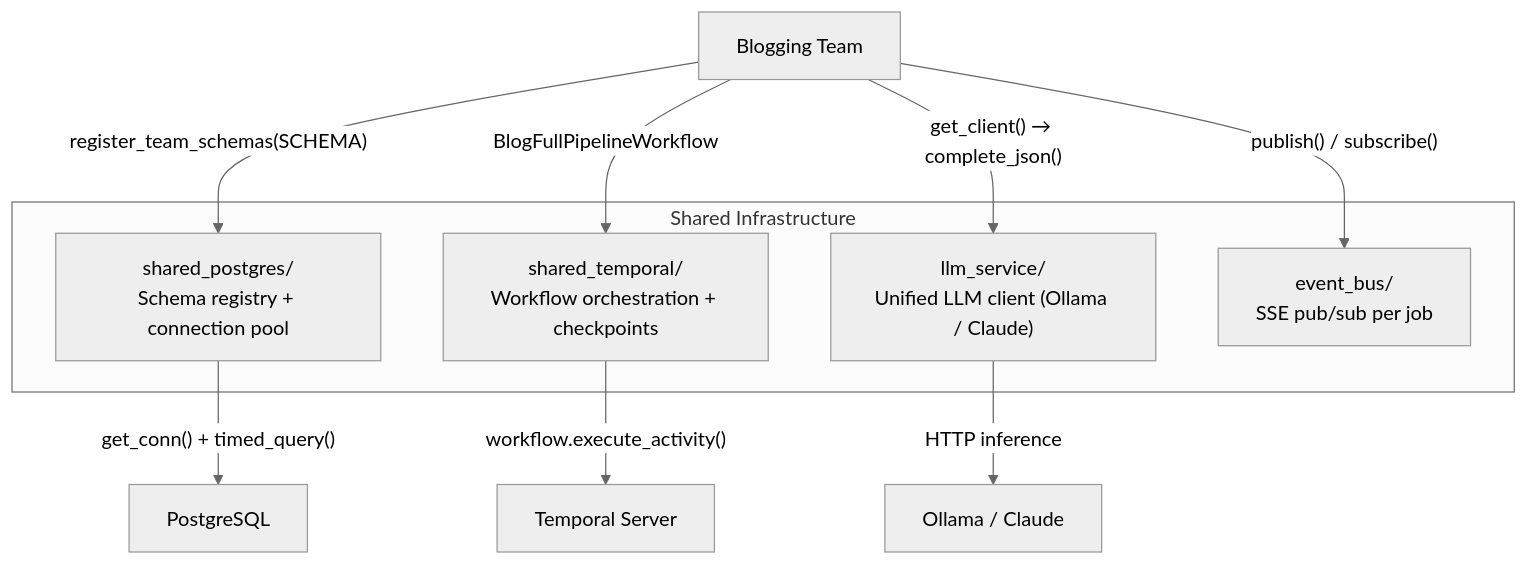
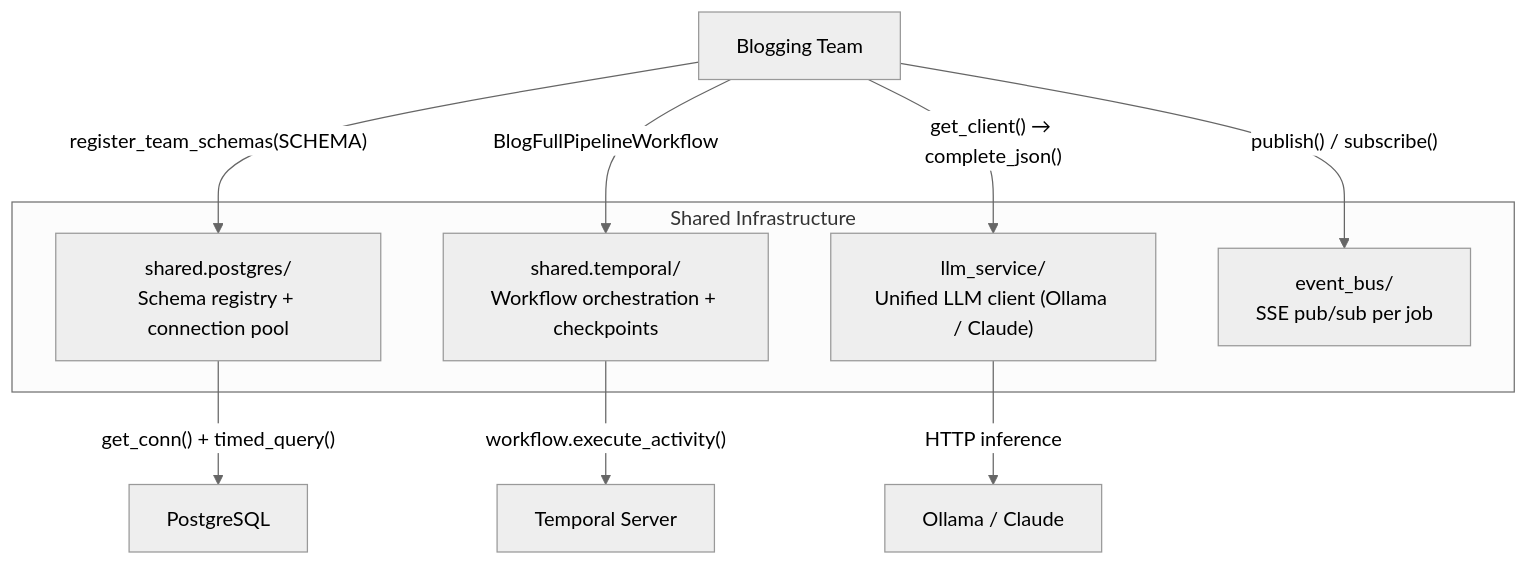
One commit to brandonkindred/Khala-Agentic-AI-Teams changed the fourth of 4 diagrams in backend/agents/blogging/system_design/Architecture.md. Above: the diagram before and after it, drawn with Mermaid (neutral theme). The commit also changed other lines of this file and 575 other files, not shown here.

````diff
--- a/backend/agents/blogging/system_design/Architecture.md
+++ b/backend/agents/blogging/system_design/Architecture.md
@@ -206,20 +206,20 @@
 ```mermaid
 graph TD
     Blog["Blogging Team"]
 
     subgraph "Shared Infrastructure"
-        SP["shared_postgres/<br/>Schema registry + connection pool"]
-        ST["shared_temporal/<br/>Workflow orchestration + checkpoints"]
+        SP["shared.postgres/<br/>Schema registry + connection pool"]
+        ST["shared.temporal/<br/>Workflow orchestration + checkpoints"]
         LLM["llm_service/<br/>Unified LLM client (Ollama / Claude)"]
         EB["event_bus/<br/>SSE pub/sub per job"]
     end
 
     Blog -->|"register_team_schemas(SCHEMA)"| SP
     Blog -->|"BlogFullPipelineWorkflow"| ST
     Blog -->|"get_client() → complete_json()"| LLM
     Blog -->|"publish() / subscribe()"| EB
 
     SP -->|"get_conn() + timed_query()"| PG["PostgreSQL"]
     ST -->|"workflow.execute_activity()"| TMP["Temporal Server"]
     LLM -->|"HTTP inference"| OLL["Ollama / Claude"]
 ```
````
